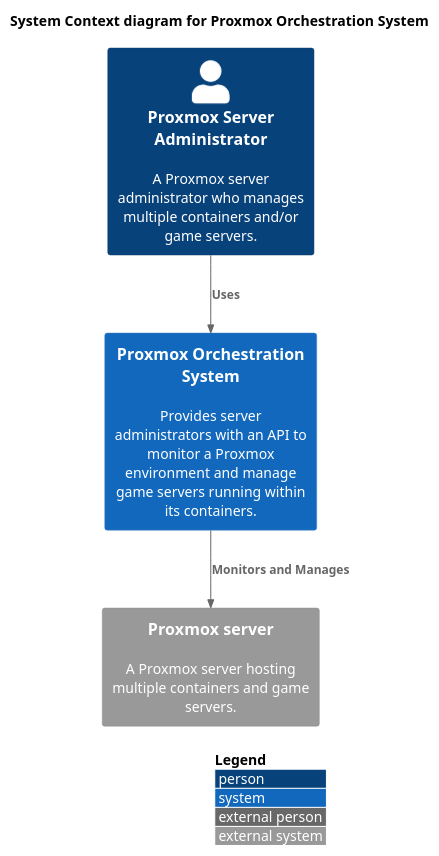
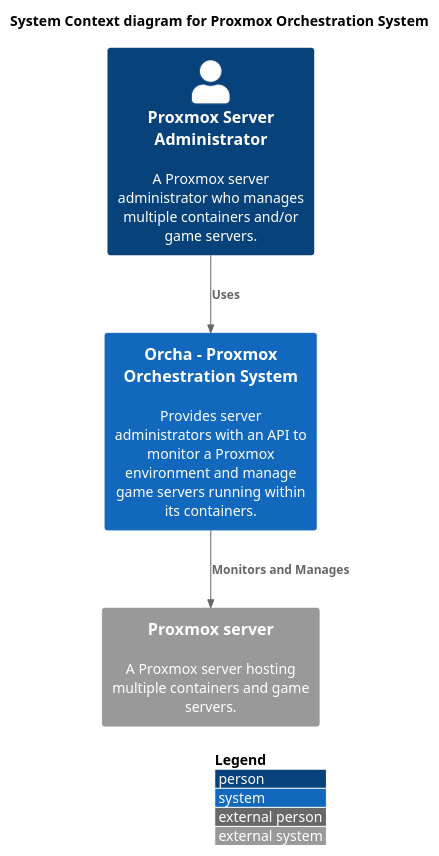
The diagram in docs/architecture/c1-system-context.puml (BrunoBiz/Go-PM-API), drawn with PlantUML before and after one commit. The commit also changed 15 other files, not shown here.

```diff
--- a/docs/architecture/c1-system-context.puml
+++ b/docs/architecture/c1-system-context.puml
@@ -1,15 +1,15 @@
 @startuml c1
 !include https://raw.githubusercontent.com/plantuml-stdlib/C4-PlantUML/master/C4_Context.puml
 'Ald+D to preview
 LAYOUT_WITH_LEGEND()
 
 title System Context diagram for Proxmox Orchestration System
 
 Person(serverAdm, "Proxmox Server Administrator", "A Proxmox server administrator who manages multiple containers and/or game servers.")
-System(proxmox_system, "Proxmox Orchestration System", "Provides server administrators with an API to monitor a Proxmox environment and manage game servers running within its containers.")
+System(proxmox_system, "Orcha - Proxmox Orchestration System", "Provides server administrators with an API to monitor a Proxmox environment and manage game servers running within its containers.")
 
 System_Ext(mainframe, "Proxmox server", "A Proxmox server hosting multiple containers and game servers.")
 
 Rel(serverAdm, proxmox_system, "Uses")
 Rel(proxmox_system, mainframe, "Monitors and Manages")
 @enduml
```
